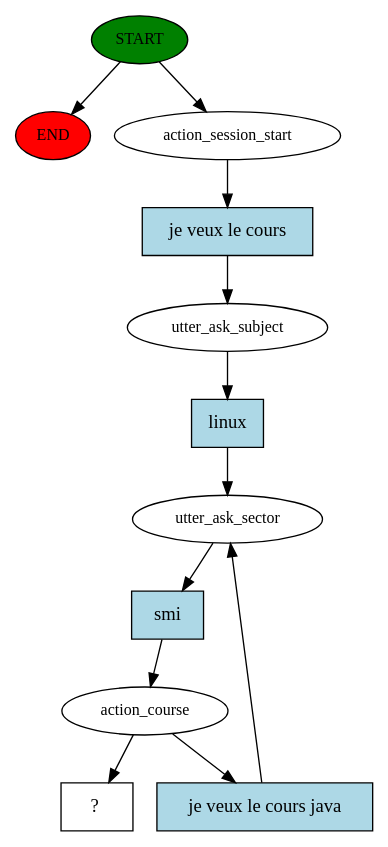
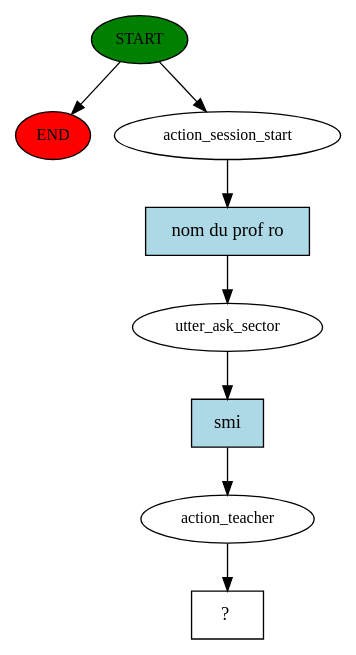
Before and after one commit to bilalltf/rasa-chatbot-student-assistant: the diagram in story_graph.dot, drawn with Graphviz. The commit also changed 11 other files, not shown here.

```diff
--- a/story_graph.dot
+++ b/story_graph.dot
@@ -1,24 +1,17 @@
 digraph  {
 0 [class="start active", fillcolor=green, fontsize=12, label=START, style=filled];
 "-1" [class=end, fillcolor=red, fontsize=12, label=END, style=filled];
 1 [class=active, fontsize=12, label=action_session_start];
-2 [class=active, fontsize=12, label=utter_ask_subject];
-3 [class=active, fontsize=12, label=utter_ask_sector];
-4 [class=active, fontsize=12, label=action_course];
-7 [class="intent dashed active", label="  ?  ", shape=rect];
-8 [class="intent active", fillcolor=lightblue, label="je veux le cours", shape=rect, style=filled];
-9 [class="intent active", fillcolor=lightblue, label=linux, shape=rect, style=filled];
-10 [class="intent active", fillcolor=lightblue, label=smi, shape=rect, style=filled];
-11 [class="intent active", fillcolor=lightblue, label="je veux le cours java", shape=rect, style=filled];
+2 [class=active, fontsize=12, label=utter_ask_sector];
+3 [class=active, fontsize=12, label=action_teacher];
+4 [class="intent dashed active", label="  ?  ", shape=rect];
+5 [class="intent active", fillcolor=lightblue, label="nom du prof ro", shape=rect, style=filled];
+6 [class="intent active", fillcolor=lightblue, label=smi, shape=rect, style=filled];
 0 -> "-1"  [class="", key=NONE, label=""];
 0 -> 1  [class=active, key=NONE, label=""];
-1 -> 8  [class=active, key=0];
-2 -> 9  [class=active, key=0];
-3 -> 10  [class=active, key=0];
-4 -> 7  [class=active, key=NONE, label=""];
-4 -> 11  [class=active, key=0];
-8 -> 2  [class=active, key=0];
-9 -> 3  [class=active, key=0];
-10 -> 4  [class=active, key=0];
-11 -> 3  [class=active, key=0];
+1 -> 5  [class=active, key=0];
+2 -> 6  [class=active, key=0];
+3 -> 4  [class=active, key=NONE, label=""];
+5 -> 2  [class=active, key=0];
+6 -> 3  [class=active, key=0];
 }
```
